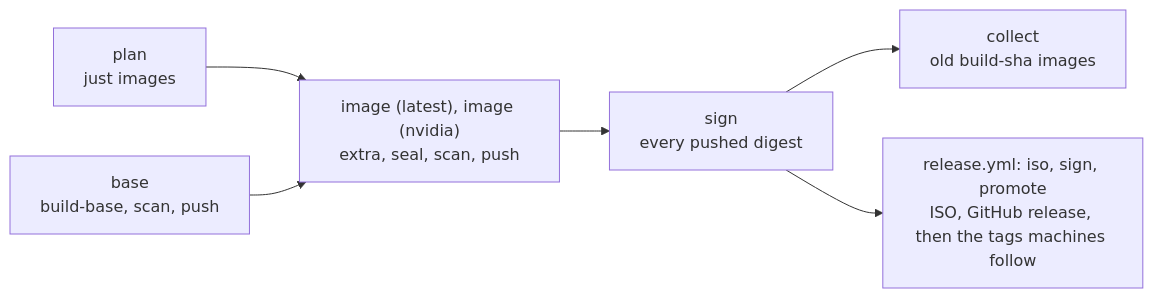
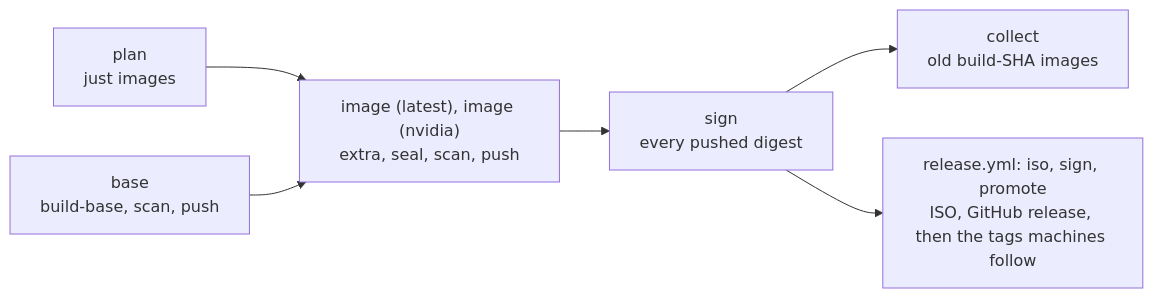
One commit to LucaRickli/fedora-bootc changed the third of 3 diagrams in docs/architecture/build.md. Above: the diagram before and after it, drawn with Mermaid. The commit also changed other lines of this file and 46 other files, not shown here.

````diff
--- a/docs/architecture/build.md
+++ b/docs/architecture/build.md
@@ -206,8 +222,8 @@
 ```mermaid
 flowchart LR
     p["plan<br/>just images"] --> i["image (latest), image (nvidia)<br/>extra, seal, scan, push"]
     b["base<br/>build-base, scan, push"] --> i
     i --> s["sign<br/>every pushed digest"]
-    s --> c["collect<br/>old build-sha images"]
+    s --> c["collect<br/>old build-SHA images"]
     s --> r["release.yml: iso, sign, promote<br/>ISO, GitHub release, then the tags machines follow"]
 ```
````
